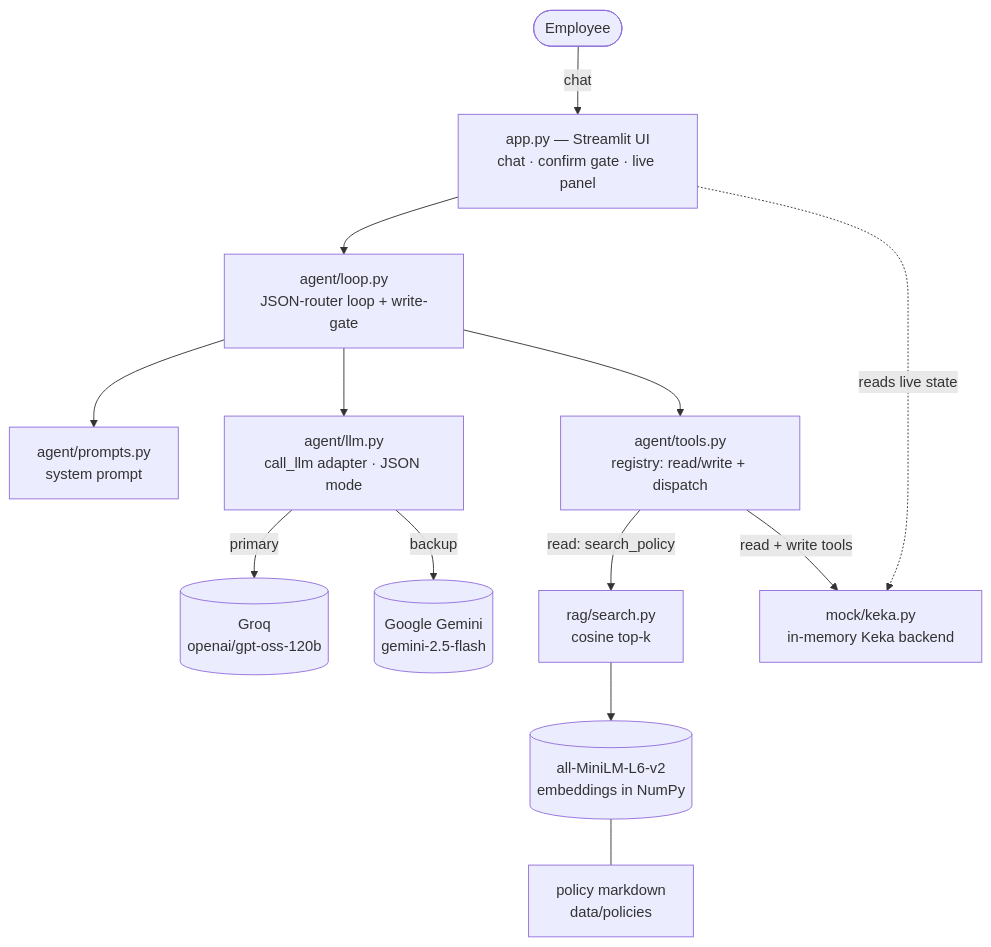
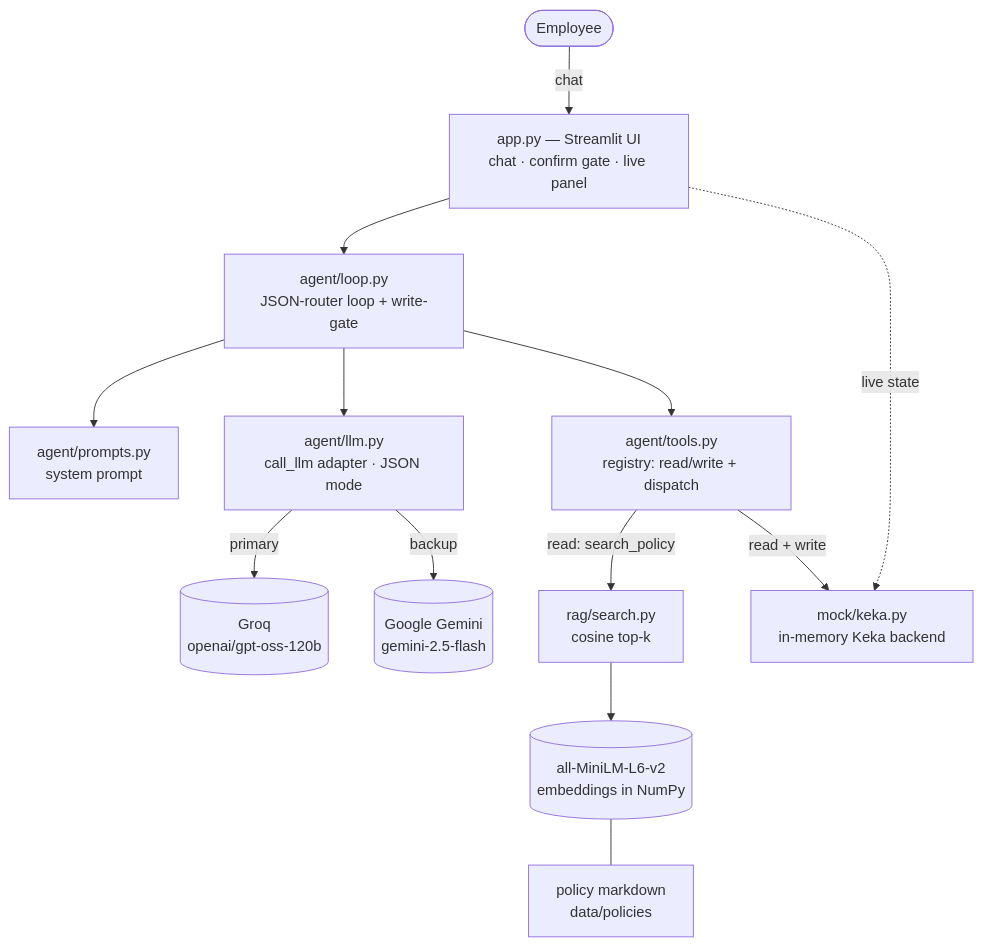
The first of 5 diagrams in README.md (drMy5tery/Agentic-HR-Concierge), drawn with Mermaid before and after one commit. The commit also changed other lines of this file, not shown here.

First line of the commit message:
Shorten diagram labels to stop Mermaid text overlap

````diff
--- a/README.md
+++ b/README.md
@@ -78,15 +78,15 @@
 ```mermaid
 flowchart TB
     User([Employee]) -->|chat| UI[app.py — Streamlit UI<br/>chat · confirm gate · live panel]
     UI --> Loop[agent/loop.py<br/>JSON-router loop + write-gate]
     Loop --> Prompts[agent/prompts.py<br/>system prompt]
     Loop --> LLM[agent/llm.py<br/>call_llm adapter · JSON mode]
     LLM -->|primary| Groq[(Groq<br/>openai/gpt-oss-120b)]
     LLM -->|backup| Gemini[(Google Gemini<br/>gemini-2.5-flash)]
     Loop --> Tools[agent/tools.py<br/>registry: read/write + dispatch]
     Tools -->|read: search_policy| RAG[rag/search.py<br/>cosine top-k]
     RAG --> Index[(all-MiniLM-L6-v2<br/>embeddings in NumPy)]
     Index --- Docs[policy markdown<br/>data/policies]
-    Tools -->|read + write tools| Keka[mock/keka.py<br/>in-memory Keka backend]
-    UI -. reads live state .-> Keka
+    Tools -->|read + write| Keka[mock/keka.py<br/>in-memory Keka backend]
+    UI -. live state .-> Keka
 ```
````
